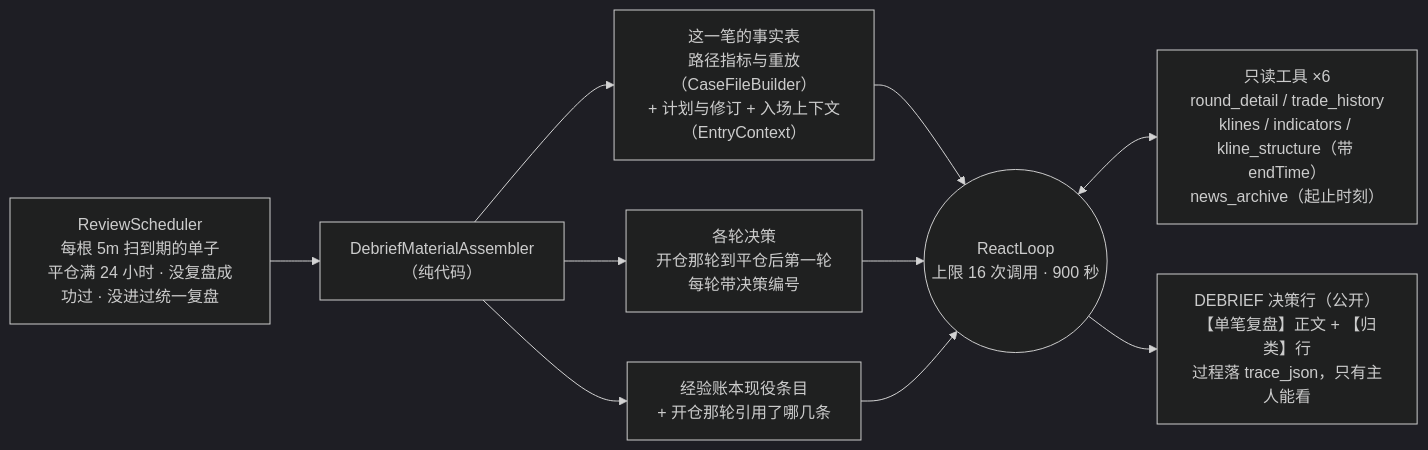
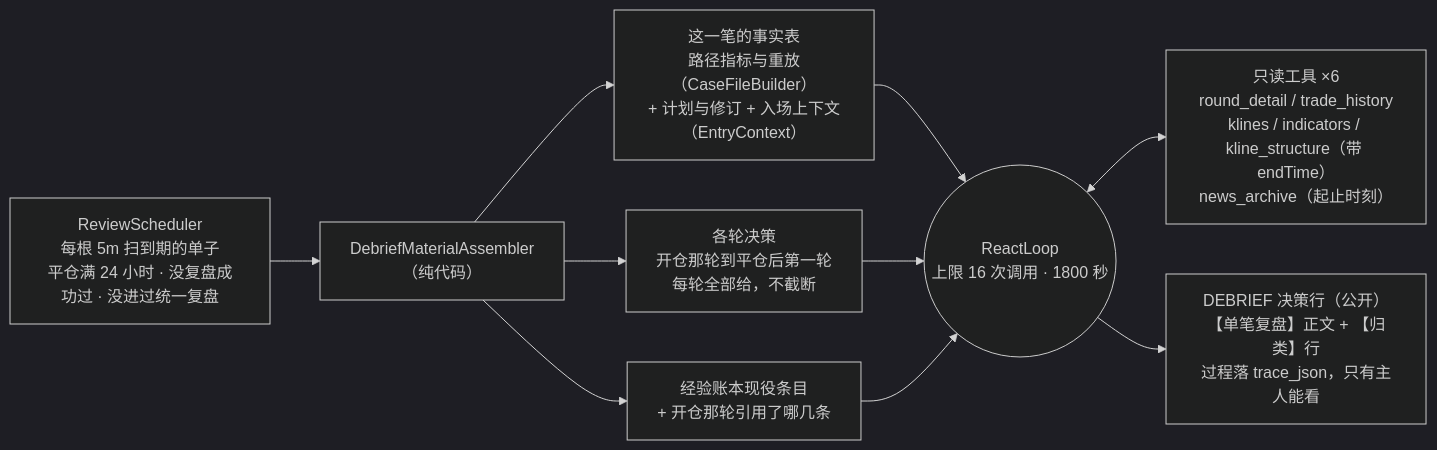
The third of 6 diagrams in docs/agent-harness/architecture.md (mamawai/wtfibought), drawn with Mermaid (dark theme) before and after one commit. The commit also changed other lines of this file and 12 other files, not shown here.

````diff
--- a/docs/agent-harness/architecture.md
+++ b/docs/agent-harness/architecture.md
@@ -101,10 +101,10 @@
 ```mermaid
 flowchart LR
     DUE["ReviewScheduler<br/>每根 5m 扫到期的单子<br/>平仓满 24 小时 · 没复盘成功过 · 没进过统一复盘"] --> DMA["DebriefMaterialAssembler<br/>（纯代码）"]
     DMA --> M1["这一笔的事实表<br/>路径指标与重放（CaseFileBuilder）<br/>+ 计划与修订 + 入场上下文（EntryContext）"]
-    DMA --> M2["各轮决策<br/>开仓那轮到平仓后第一轮<br/>每轮带决策编号"]
+    DMA --> M2["各轮决策<br/>开仓那轮到平仓后第一轮<br/>每轮全部给，不截断"]
     DMA --> M3["经验账本现役条目<br/>+ 开仓那轮引用了哪几条"]
-    M1 & M2 & M3 --> RA(("ReactLoop<br/>上限 16 次调用 · 900 秒"))
+    M1 & M2 & M3 --> RA(("ReactLoop<br/>上限 16 次调用 · 1800 秒"))
     RA <--> T["只读工具 ×6<br/>round_detail / trade_history<br/>klines / indicators / kline_structure（带 endTime）<br/>news_archive（起止时刻）"]
     RA --> OUT["DEBRIEF 决策行（公开）<br/>【单笔复盘】正文 + 【归类】行<br/>过程落 trace_json，只有主人能看"]
 ```
````
